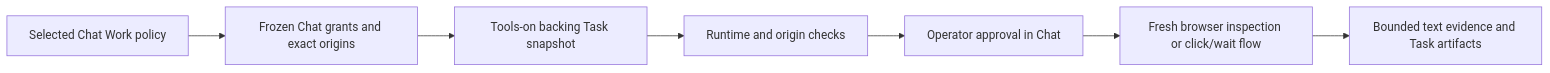
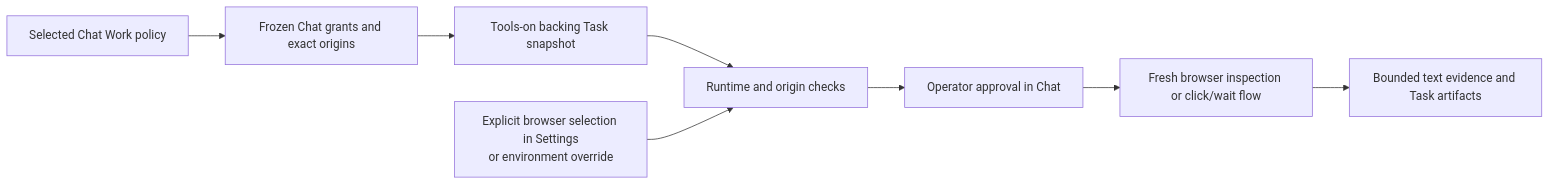
The first of 3 diagrams in docs/runtime/chat-sessions.md (hecatehq/hecate), drawn with Mermaid before and after one commit. The commit also changed other lines of this file and 66 other files, not shown here.

Commit message:
feat(settings): configure local browser tools in app

````diff
--- a/docs/runtime/chat-sessions.md
+++ b/docs/runtime/chat-sessions.md
@@ -214,9 +219,10 @@
 ```mermaid
 flowchart LR
     Policy["Selected Chat Work policy"] --> Snapshot["Frozen Chat grants and exact origins"]
     Snapshot --> Task["Tools-on backing Task snapshot"]
     Task --> Gate["Runtime and origin checks"]
+    Setup["Explicit browser selection in Settings<br/>or environment override"] --> Gate
     Gate --> Approval["Operator approval in Chat"]
     Approval --> Browser["Fresh browser inspection or click/wait flow"]
     Browser --> Evidence["Bounded text evidence and Task artifacts"]
 ```
````
